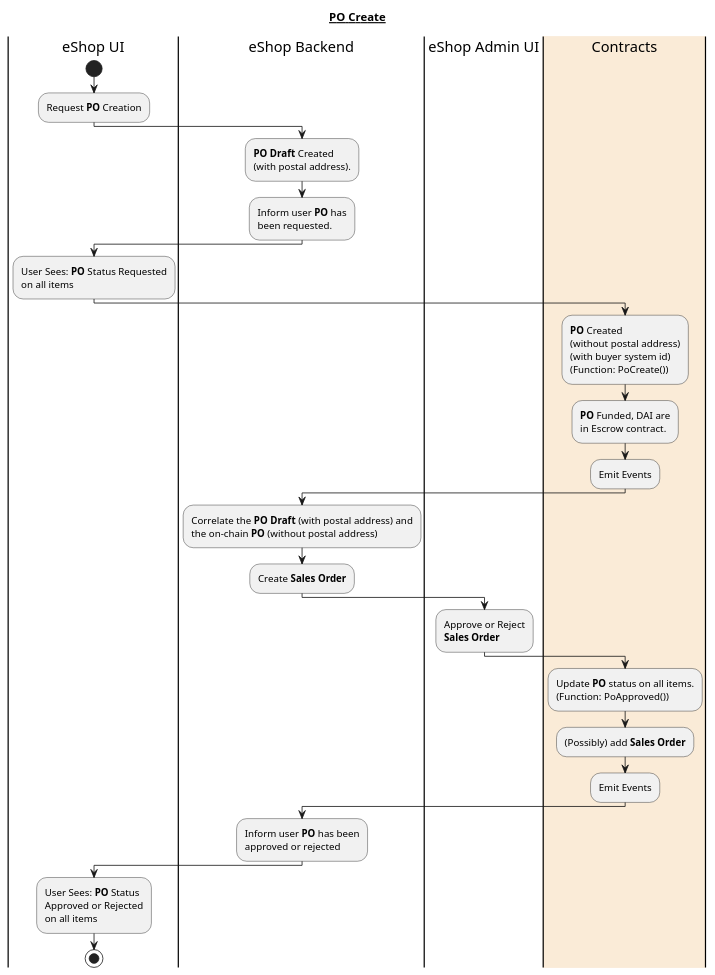
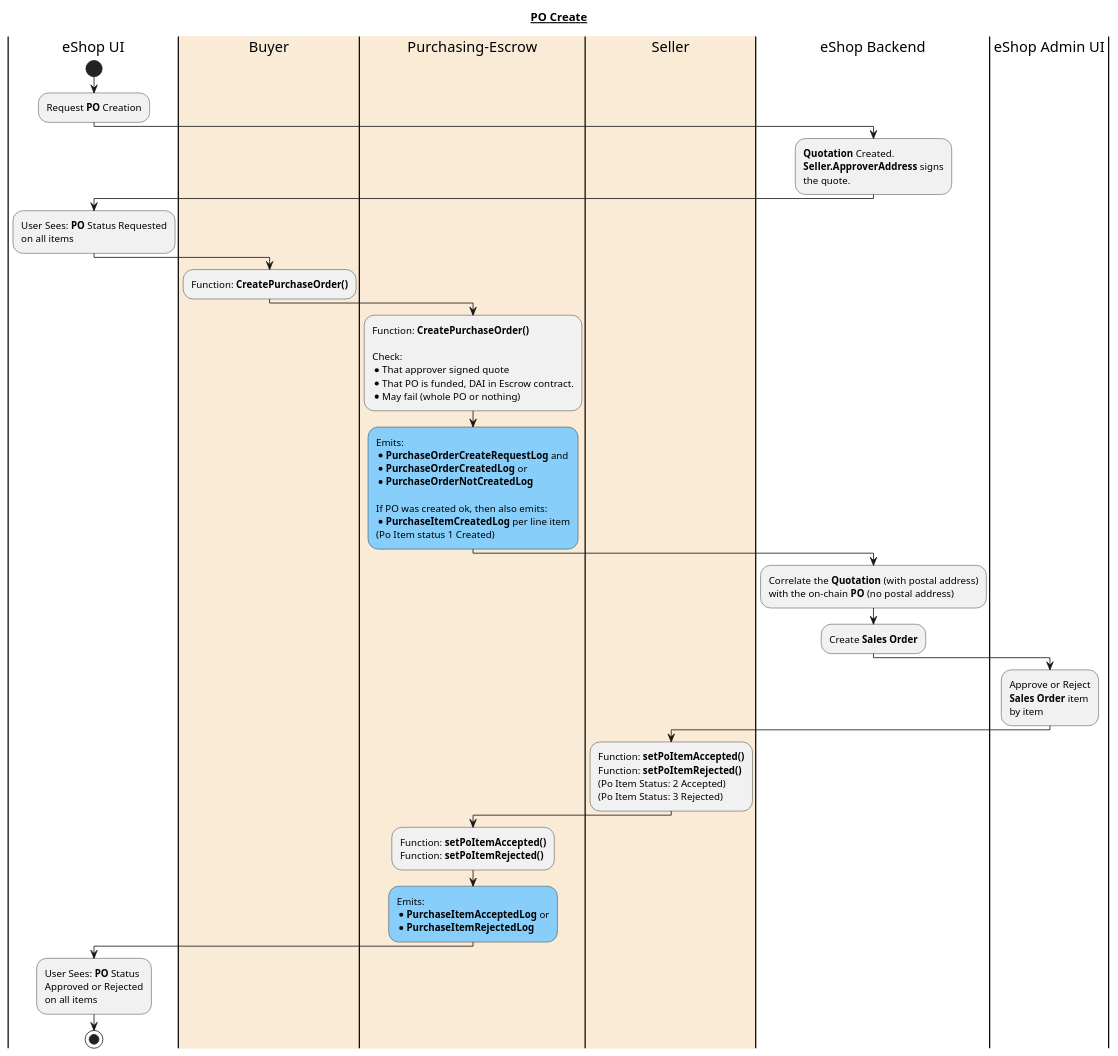
The diagram in resources/wiki/workflows/po_create.puml (Nethereum/Nethereum.eShop), drawn with PlantUML before and after one commit. The commit also changed 3 other files, not shown here.

```diff
--- a/resources/wiki/workflows/po_create.puml
+++ b/resources/wiki/workflows/po_create.puml
@@ -2,58 +2,79 @@
 @startuml
 title __PO Create__
 ' Swimlanes
 |eShop UI|
+|#AntiqueWhite|Buyer| 
+|#AntiqueWhite|Purchasing-Escrow| 
+|#AntiqueWhite|Seller| 
 |eShop Backend|
 |eShop Admin UI|
-|#AntiqueWhite|Contracts| 
+
 
 |eShop UI|
 start
 :Request **PO** Creation;
 
 |eShop Backend|
-:**PO Draft** Created
-(with postal address).;
-:Inform user **PO** has
-been requested.;
+:**Quotation** Created.
+**Seller.ApproverAddress** signs
+the quote.;
 
 |eShop UI|
 :User Sees: **PO** Status Requested
 on all items;
 
-|Contracts| 
-:**PO** Created
-(without postal address)
-(with buyer system id)
-(Function: PoCreate());
-:**PO** Funded, DAI are
-in Escrow contract.;
-:Emit Events; 
+|Buyer| 
+:Function: **CreatePurchaseOrder()**;
+
+'-----------------------------------------------------------------
+' Main Purchasing Creation
+'-----------------------------------------------------------------
+|Purchasing-Escrow| 
+:Function: **CreatePurchaseOrder()**
+
+Check:
+* That approver signed quote
+* That PO is funded, DAI in Escrow contract.
+* May fail (whole PO or nothing);
+
+#LightSkyBlue:Emits:
+* **PurchaseOrderCreateRequestLog** and
+* **PurchaseOrderCreatedLog** or 
+* **PurchaseOrderNotCreatedLog**
+
+If PO was created ok, then also emits:
+* **PurchaseItemCreatedLog** per line item
+(Po Item status 1 Created);
 
 |eShop Backend|
-:Correlate the **PO Draft** (with postal address) and
-the on-chain **PO** (without postal address);
+:Correlate the **Quotation** (with postal address)
+with the on-chain **PO** (no postal address);
 :Create **Sales Order**;
 
 |eShop Admin UI|
 :Approve or Reject
-**Sales Order**;
+**Sales Order** item
+by item;
 
-|Contracts|
-:Update **PO** status on all items.
-(Function: PoApproved());
-:(Possibly) add **Sales Order**;
-:Emit Events;
+|Seller|
+:Function: **setPoItemAccepted()**
+Function: **setPoItemRejected()**
+(Po Item Status: 2 Accepted)
+(Po Item Status: 3 Rejected);
 
-|eShop Backend|
-:Inform user **PO** has been
-approved or rejected;
+|Purchasing-Escrow|
+:Function: **setPoItemAccepted()**
+Function: **setPoItemRejected()**;
+
+#LightSkyBLue:Emits:
+* **PurchaseItemAcceptedLog** or
+* **PurchaseItemRejectedLog**;
 
 |eShop UI|
 :User Sees: **PO** Status
 Approved or Rejected
 on all items;
 
 stop
 
 @enduml
```
